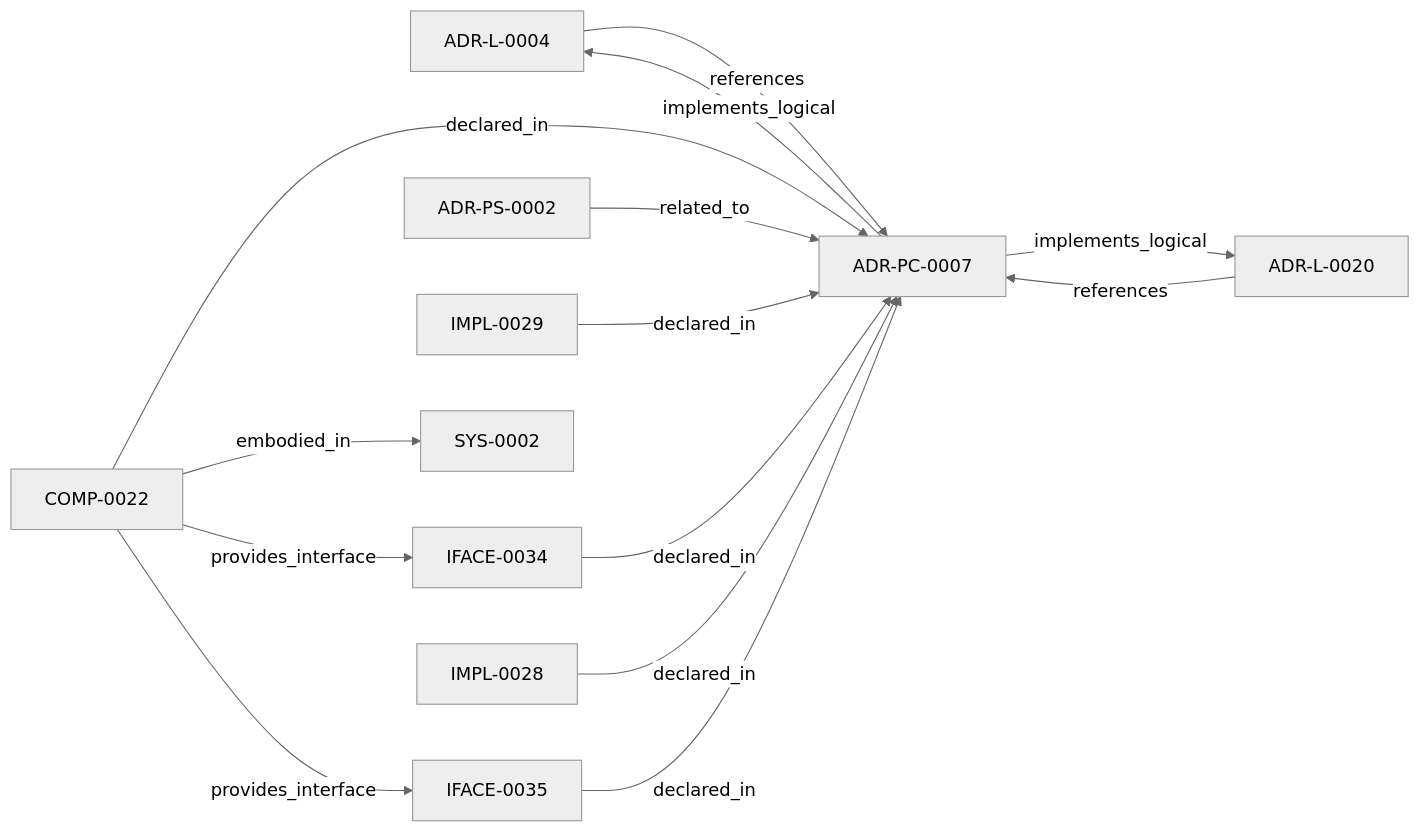
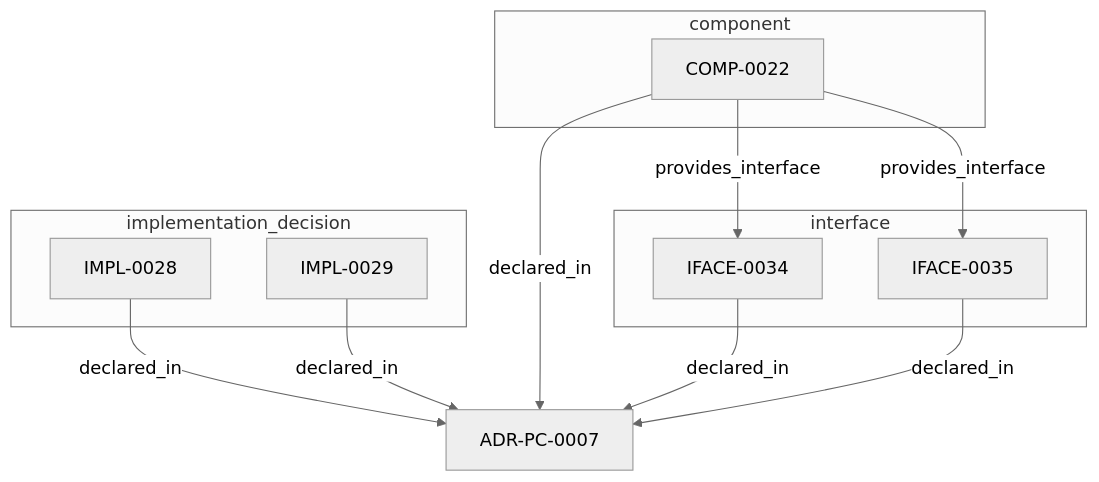
One commit to egallmann/adr-architecture-kit changed the second of 2 diagrams in adrs/adr-projection/physical-component/ADR-PC-0007-semantic-attribution-embodiment.md. Above: the diagram before and after it, drawn with Mermaid (neutral theme). The commit also changed other lines of this file and 177 other files, not shown here.

````diff
--- a/adrs/adr-projection/physical-component/ADR-PC-0007-semantic-attribution-embodiment.md
+++ b/adrs/adr-projection/physical-component/ADR-PC-0007-semantic-attribution-embodiment.md
@@ -61,26 +79,22 @@
 ```mermaid
-flowchart LR
-  n_019fee89_e615_7577_8d37_dd0df031bec9["ADR-L-0004"]
-  n_019fee89_e618_713e_a017_5b417ef9ac9f["SYS-0002"]
-  n_019fee89_e618_7d04_9337_4aa2d3258507["ADR-PS-0002"]
-  n_019ffdba_3c42_7021_923f_bf8e6bd06d07["IMPL-0029"]
+flowchart TB
   n_019ffdba_3c42_70da_b33d_efc003269c42["ADR-PC-0007"]
-  n_019ffdba_3c42_75d5_b93b_f32f35152e32["COMP-0022"]
-  n_019ffdba_3c42_77f6_903f_7753342c5b5f["IFACE-0034"]
-  n_019ffdba_3c42_7c4a_a737_f6751a265d60["ADR-L-0020"]
-  n_019ffdba_3c42_7d5b_b52f_b36c3000f299["IFACE-0035"]
-  n_019ffdba_3c42_7e86_a03e_f7df07da6757["IMPL-0028"]
+  subgraph sg_component["component"]
+    n_019ffdba_3c42_75d5_b93b_f32f35152e32["COMP-0022"]
+  end
+  subgraph sg_interface["interface"]
+    n_019ffdba_3c42_77f6_903f_7753342c5b5f["IFACE-0034"]
+    n_019ffdba_3c42_7d5b_b52f_b36c3000f299["IFACE-0035"]
+  end
+  subgraph sg_implementation_decision["implementation_decision"]
+    n_019ffdba_3c42_7e86_a03e_f7df07da6757["IMPL-0028"]
+    n_019ffdba_3c42_7021_923f_bf8e6bd06d07["IMPL-0029"]
+  end
   n_019ffdba_3c42_7021_923f_bf8e6bd06d07 -->|"declared_in"| n_019ffdba_3c42_70da_b33d_efc003269c42
   n_019ffdba_3c42_75d5_b93b_f32f35152e32 -->|"declared_in"| n_019ffdba_3c42_70da_b33d_efc003269c42
   n_019ffdba_3c42_77f6_903f_7753342c5b5f -->|"declared_in"| n_019ffdba_3c42_70da_b33d_efc003269c42
   n_019ffdba_3c42_7d5b_b52f_b36c3000f299 -->|"declared_in"| n_019ffdba_3c42_70da_b33d_efc003269c42
   n_019ffdba_3c42_7e86_a03e_f7df07da6757 -->|"declared_in"| n_019ffdba_3c42_70da_b33d_efc003269c42
-  n_019ffdba_3c42_75d5_b93b_f32f35152e32 -->|"embodied_in"| n_019fee89_e618_713e_a017_5b417ef9ac9f
-  n_019ffdba_3c42_70da_b33d_efc003269c42 -->|"implements_logical"| n_019fee89_e615_7577_8d37_dd0df031bec9
-  n_019ffdba_3c42_70da_b33d_efc003269c42 -->|"implements_logical"| n_019ffdba_3c42_7c4a_a737_f6751a265d60
   n_019ffdba_3c42_75d5_b93b_f32f35152e32 -->|"provides_interface"| n_019ffdba_3c42_77f6_903f_7753342c5b5f
   n_019ffdba_3c42_75d5_b93b_f32f35152e32 -->|"provides_interface"| n_019ffdba_3c42_7d5b_b52f_b36c3000f299
-  n_019fee89_e615_7577_8d37_dd0df031bec9 -->|"references"| n_019ffdba_3c42_70da_b33d_efc003269c42
-  n_019ffdba_3c42_7c4a_a737_f6751a265d60 -->|"references"| n_019ffdba_3c42_70da_b33d_efc003269c42
-  n_019fee89_e618_7d04_9337_4aa2d3258507 -->|"related_to"| n_019ffdba_3c42_70da_b33d_efc003269c42
 ```
````
